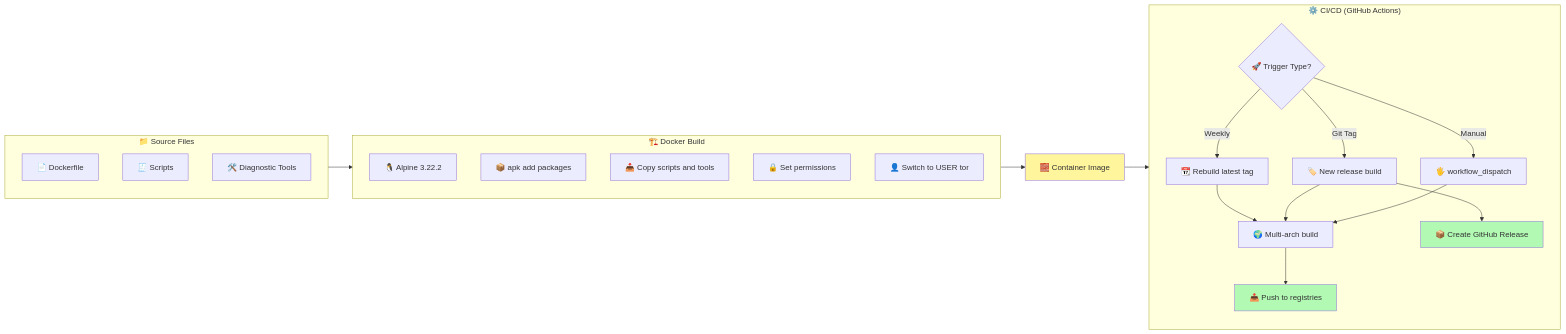
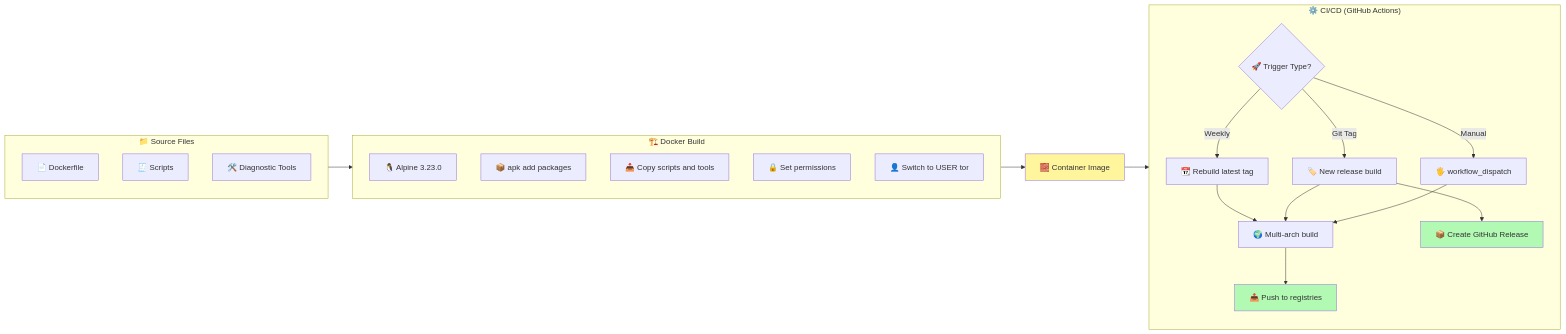
Before and after one commit to r3bo0tbx1/tor-guard-relay: diagram 12 of 13 in docs/ARCHITECTURE.md, drawn with Mermaid. The commit also changed other lines of this file and 29 other files, not shown here.

````diff
--- a/docs/ARCHITECTURE.md
+++ b/docs/ARCHITECTURE.md
@@ -790,38 +794,38 @@
 ```mermaid
 flowchart LR
     subgraph Source["📁 Source Files"]
         Dockerfile[📄 Dockerfile]
         Scripts[🧾 Scripts]
         Tools[🛠️ Diagnostic Tools]
     end
 
     subgraph Build["🏗️ Docker Build"]
-        Alpine[🐧 Alpine 3.22.2]
+        Alpine[🐧 Alpine 3.23.0]
         Install[📦 apk add packages]
         Copy[📥 Copy scripts and tools]
         Perms[🔒 Set permissions]
         User[👤 Switch to USER tor]
     end
 
     subgraph CI["⚙️ CI/CD (GitHub Actions)"]
         Trigger{🚀 Trigger Type?}
         Trigger -->|Weekly| Weekly[📆 Rebuild latest tag]
         Trigger -->|Git Tag| Release[🏷️ New release build]
         Trigger -->|Manual| Manual[🖐 workflow_dispatch]
 
         Weekly --> MultiArch[🌍 Multi-arch build]
         Release --> MultiArch
         Manual --> MultiArch
 
         MultiArch --> Push[📤 Push to registries]
         Release --> GHRelease[📦 Create GitHub Release]
     end
 
     Source --> Build
     Build --> Image[🧱 Container Image]
     Image --> CI
 
     style Image fill:#fff59d
     style Push fill:#b2fab4
     style GHRelease fill:#b2fab4
 ```
````
